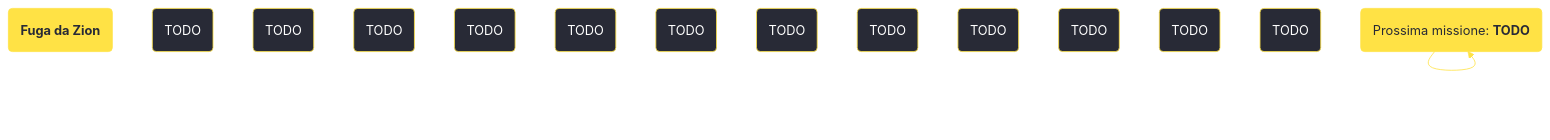
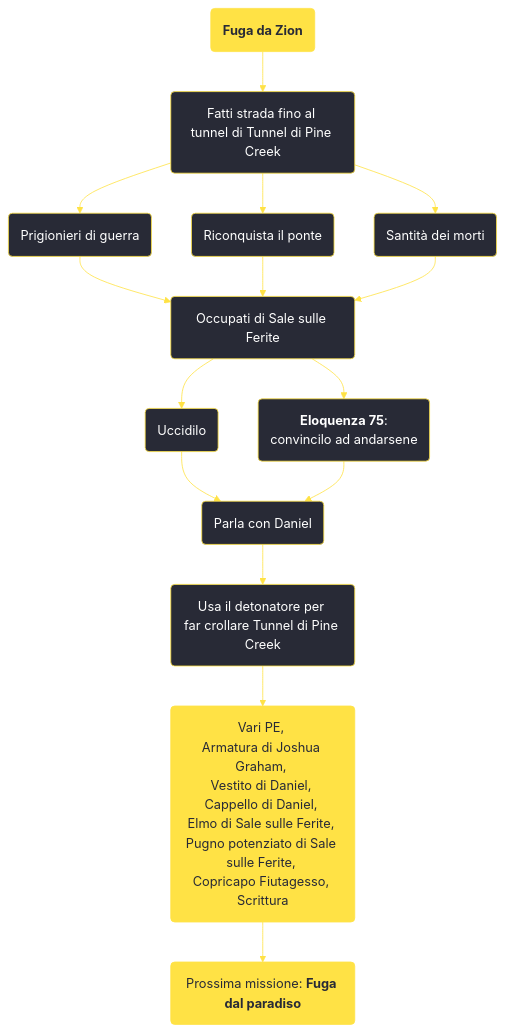
Before and after one commit to persy/wastelander: the diagram in content/voci/fallout new vegas/missioni/Fuga da Zion.md, drawn with Mermaid. The commit also changed 174 other files, not shown here.

````diff
--- a/content/voci/fallout new vegas/missioni/Fuga da Zion.md
+++ b/content/voci/fallout new vegas/missioni/Fuga da Zion.md
@@ -32,24 +32,22 @@
 ```mermaid
 %%{init: {'theme': 'base', 'themeVariables': { 'primaryColor': '#282a36', 'primaryBorderColor': '#ffe245', 'primaryTextColor': '#fff', 'lineColor': '#ffe245', 'fontFamily': 'Jura'}}}%%
 graph TD;
     id1(<b>Fuga da Zion</b>):::questfnv
-    id2(TODO)
-    id3(TODO)
-    id4(TODO)
-    id5(TODO)
-    id6(TODO)
-    id7(TODO) 
-    id8(TODO)
-    id9(TODO)
-    id10(TODO)
-    id11(TODO)
-    id12(TODO)
-    id13(TODO) 
-    id(TODO):::rewardfnv
-    id(Prossima missione: <b>TODO</b>):::questfnv
-    id-->id-->id-->id-->id-->id-->id
+    id2(Fatti strada fino al <br />tunnel di Tunnel di Pine Creek)
+    id3(Prigionieri di guerra)
+    id4(Riconquista il ponte)
+    id5(Santità dei morti)
+    id6(Occupati di Sale sulle Ferite)
+    id7(Uccidilo) 
+    id8(<b>Eloquenza 75</b>: <br />convincilo ad andarsene)
+    id9(Parla con Daniel)
+    id10(Usa il detonatore per <br />far crollare Tunnel di Pine Creek)
+    id11(Vari PE, <br />Armatura di Joshua Graham, <br />Vestito di Daniel, <br />Cappello di Daniel, <br />Elmo di Sale sulle Ferite, <br />Pugno potenziato di Sale sulle Ferite, <br />Copricapo Fiutagesso, <br />Scrittura):::rewardfnv
+    id12(Prossima missione: <b>Fuga dal paradiso</b>):::questfnv
     
-    click id "../TODO"
+    id1-->id2-->id3 & id4 & id5-->id6-->id7 & id8-->id9-->id10-->id11-->id12
+    
+    
     classDef rewardfnv fill:#ffe245, stroke:#ffe245, color:#282a36;
     classDef questfnv fill:#ffe245, stroke:#ffe245, color:#282a36;
 ```
````
